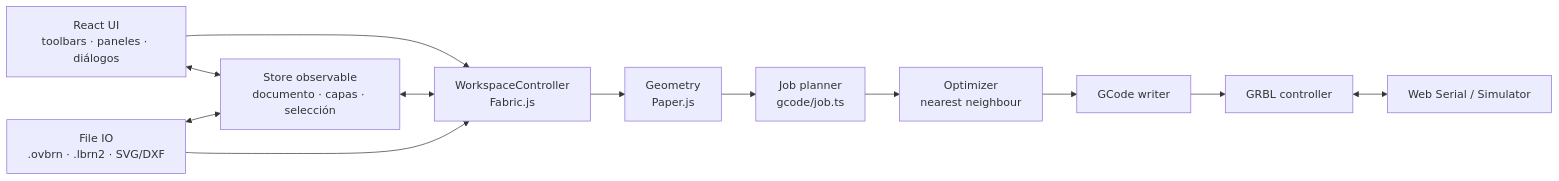
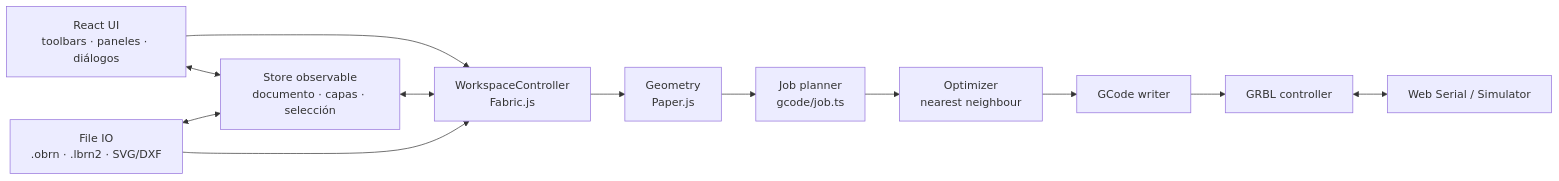
One commit to SJLS27/openburn changed the diagram in docs/ARCHITECTURE.md. Above: the diagram before and after it, drawn with Mermaid. The commit also changed other lines of this file and 21 other files, not shown here.

````diff
--- a/docs/ARCHITECTURE.md
+++ b/docs/ARCHITECTURE.md
@@ -9,25 +9,25 @@
 ```mermaid
 flowchart LR
     UI[React UI<br/>toolbars · paneles · diálogos]
     STORE[Store observable<br/>documento · capas · selección]
     CANVAS[WorkspaceController<br/>Fabric.js]
     GEO[Geometry<br/>Paper.js]
     PLAN[Job planner<br/>gcode/job.ts]
     OPT[Optimizer<br/>nearest neighbour]
     GCODE[GCode writer]
     MACHINE[GRBL controller]
     SERIAL[Web Serial / Simulator]
-    FILES[File IO<br/>.ovbrn · .lbrn2 · SVG/DXF]
+    FILES[File IO<br/>.obrn · .lbrn2 · SVG/DXF]
 
     UI <--> STORE
     UI --> CANVAS
     STORE <--> CANVAS
     CANVAS --> GEO
     GEO --> PLAN
     PLAN --> OPT
     OPT --> GCODE
     GCODE --> MACHINE
     MACHINE <--> SERIAL
     FILES <--> STORE
     FILES --> CANVAS
 ```
````
